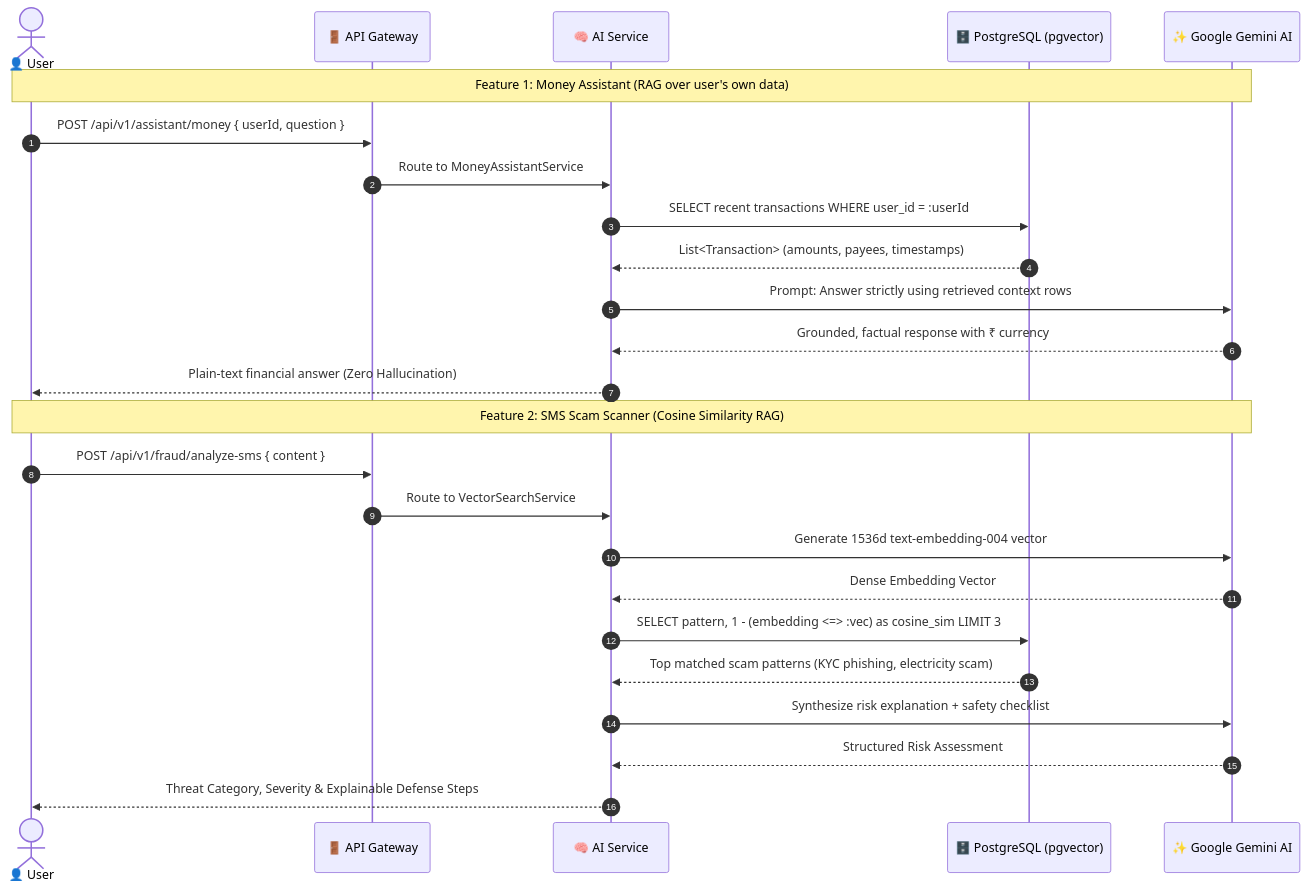
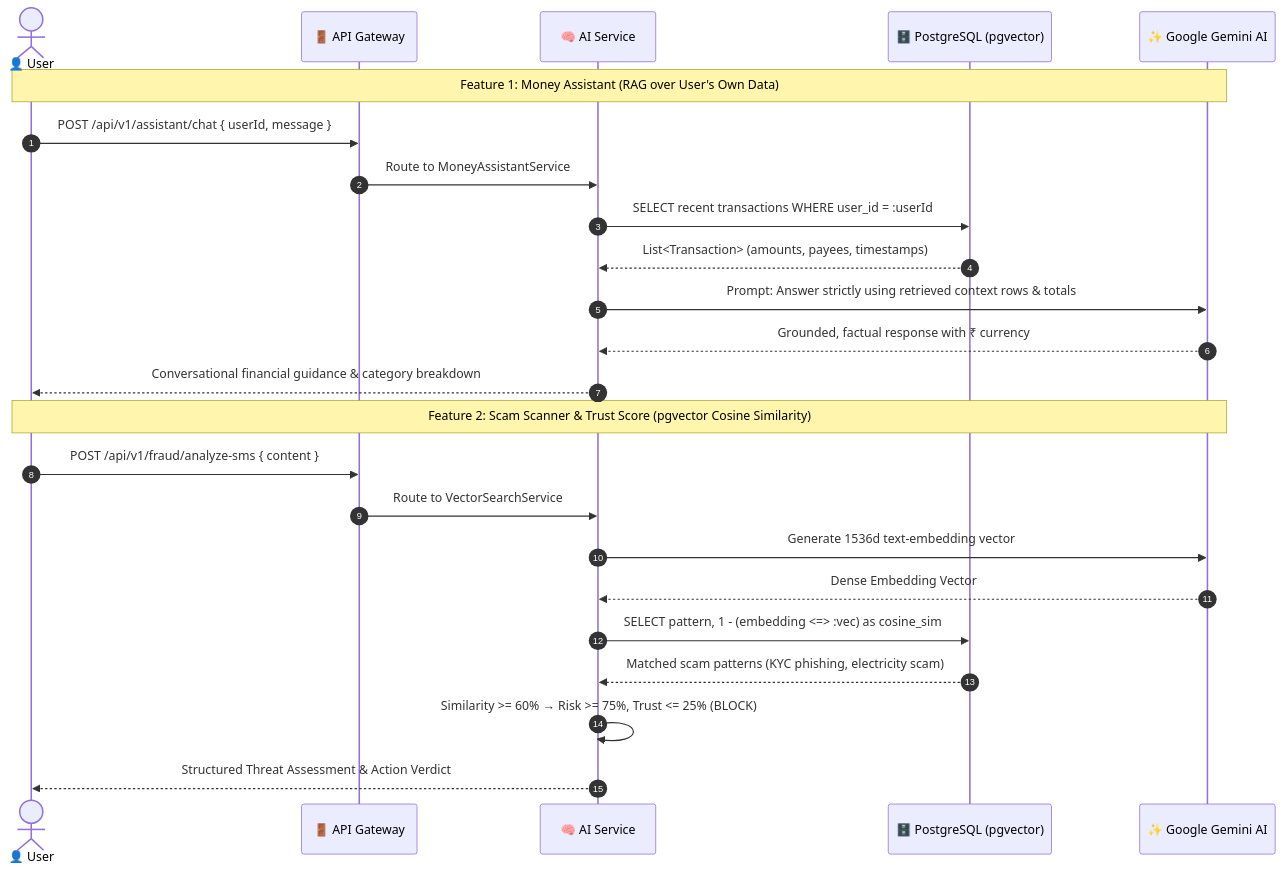
One commit to pavansaiambala7/safepe changed the second of 2 diagrams in README.md. Above: the diagram before and after it, drawn with Mermaid. The commit also changed other lines of this file, not shown here.

Commit message:
docs: update README with live application links, RAG Money Assistant, Vector DB Trust Scoring, and Scheduled Bill Reminders

````diff
--- a/README.md
+++ b/README.md
@@ -100,29 +104,28 @@
 ```mermaid
 sequenceDiagram
     autonumber
     actor User as 👤 User
     participant GW as 🚪 API Gateway
     participant AI as 🧠 AI Service
     participant PGV as 🗄️ PostgreSQL (pgvector)
     participant GEMINI as ✨ Google Gemini AI
 
-    Note over User,GEMINI: Feature 1: Money Assistant (RAG over user's own data)
-    User->>GW: POST /api/v1/assistant/money { userId, question }
+    Note over User,GEMINI: Feature 1: Money Assistant (RAG over User's Own Data)
+    User->>GW: POST /api/v1/assistant/chat { userId, message }
     GW->>AI: Route to MoneyAssistantService
     AI->>PGV: SELECT recent transactions WHERE user_id = :userId
     PGV-->>AI: List<Transaction> (amounts, payees, timestamps)
-    AI->>GEMINI: Prompt: Answer strictly using retrieved context rows
+    AI->>GEMINI: Prompt: Answer strictly using retrieved context rows & totals
     GEMINI-->>AI: Grounded, factual response with ₹ currency
-    AI-->>User: Plain-text financial answer (Zero Hallucination)
+    AI-->>User: Conversational financial guidance & category breakdown
 
-    Note over User,GEMINI: Feature 2: SMS Scam Scanner (Cosine Similarity RAG)
+    Note over User,GEMINI: Feature 2: Scam Scanner & Trust Score (pgvector Cosine Similarity)
     User->>GW: POST /api/v1/fraud/analyze-sms { content }
     GW->>AI: Route to VectorSearchService
-    AI->>GEMINI: Generate 1536d text-embedding-004 vector
+    AI->>GEMINI: Generate 1536d text-embedding vector
     GEMINI-->>AI: Dense Embedding Vector
-    AI->>PGV: SELECT pattern, 1 - (embedding <=> :vec) as cosine_sim LIMIT 3
-    PGV-->>AI: Top matched scam patterns (KYC phishing, electricity scam)
-    AI->>GEMINI: Synthesize risk explanation + safety checklist
-    GEMINI-->>AI: Structured Risk Assessment
-    AI-->>User: Threat Category, Severity & Explainable Defense Steps
+    AI->>PGV: SELECT pattern, 1 - (embedding <=> :vec) as cosine_sim
+    PGV-->>AI: Matched scam patterns (KYC phishing, electricity scam)
+    AI->>AI: Similarity >= 60% → Risk >= 75%, Trust <= 25% (BLOCK)
+    AI-->>User: Structured Threat Assessment & Action Verdict
 ```
````
